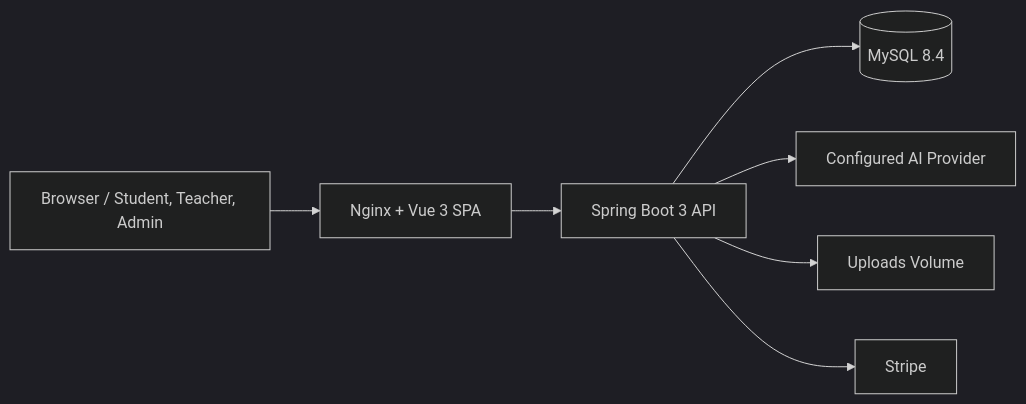
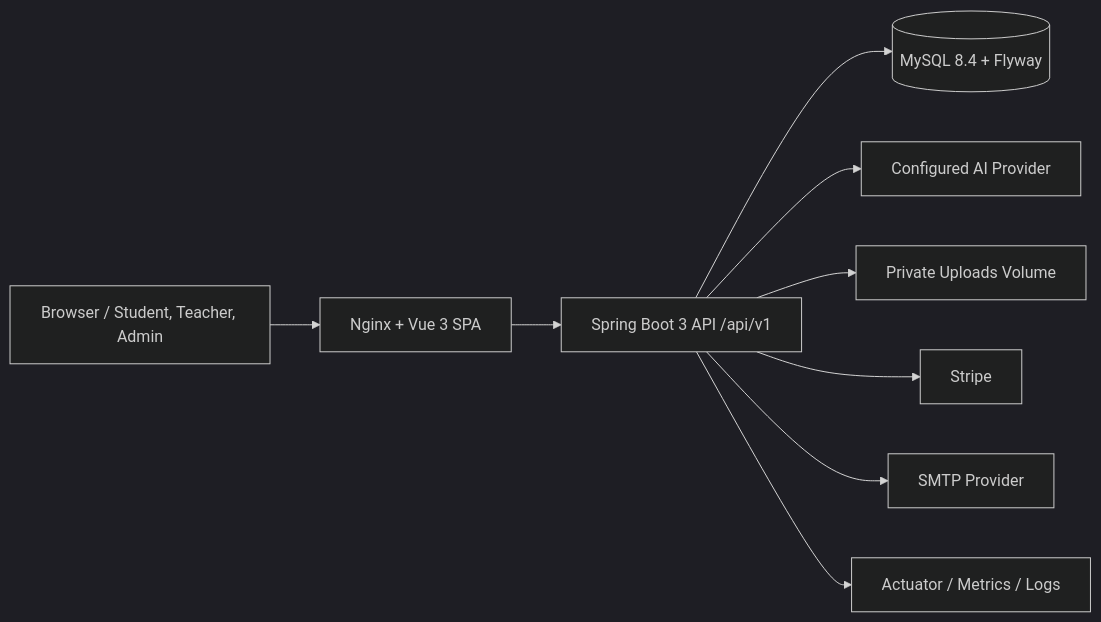
One commit to 218451LIJIAQI/AI-Powered-Interactive-Chinese-Learning-Platform-for-Young-Learners changed the diagram in README.md. Above: the diagram before and after it, drawn with Mermaid (dark theme). The commit also changed other lines of this file and 57 other files, not shown here.

````diff
--- a/README.md
+++ b/README.md
@@ -7,9 +16,11 @@
 ```mermaid
 flowchart LR
   U["Browser / Student, Teacher, Admin"] --> N["Nginx + Vue 3 SPA"]
-  N --> B["Spring Boot 3 API"]
-  B --> M[("MySQL 8.4")]
+  N --> B["Spring Boot 3 API /api/v1"]
+  B --> M[("MySQL 8.4 + Flyway")]
   B --> A["Configured AI Provider"]
-  B --> S["Uploads Volume"]
+  B --> S["Private Uploads Volume"]
   B --> P["Stripe"]
+  B --> E["SMTP Provider"]
+  B --> O["Actuator / Metrics / Logs"]
 ```
````
